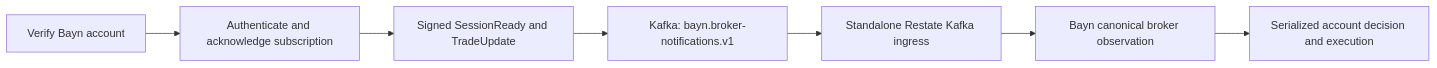
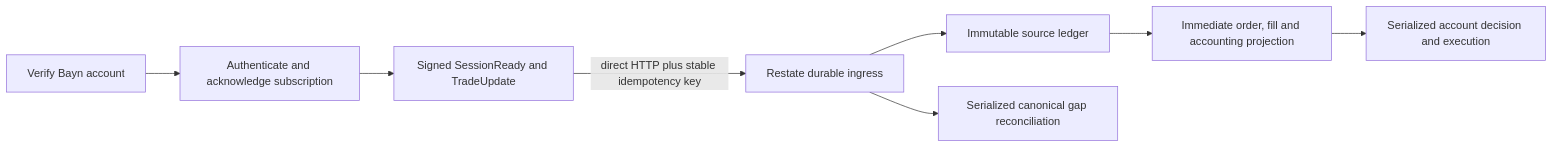
Before and after one commit to proompteng/lab: the diagram in services/dorvud/README.md, drawn with Mermaid. The commit also changed other lines of this file and 182 other files, not shown here.

````diff
--- a/services/dorvud/README.md
+++ b/services/dorvud/README.md
@@ -26,9 +26,10 @@
 ```mermaid
 flowchart LR
   A[Verify Bayn account] --> B[Authenticate and acknowledge subscription]
   B --> C[Signed SessionReady and TradeUpdate]
-  C --> K[Kafka: bayn.broker-notifications.v1]
-  K --> R[Standalone Restate Kafka ingress]
-  R --> O[Bayn canonical broker observation]
+  C -->|direct HTTP plus stable idempotency key| R[Restate durable ingress]
+  R --> S[Immutable source ledger]
+  S --> O[Immediate order, fill and accounting projection]
+  R --> G[Serialized canonical gap reconciliation]
   O --> D[Serialized account decision and execution]
 ```
````
